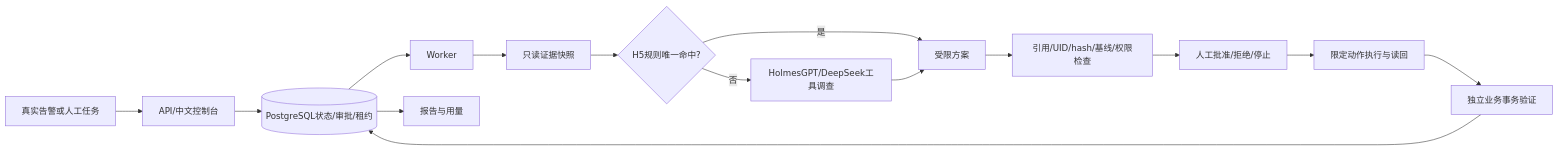
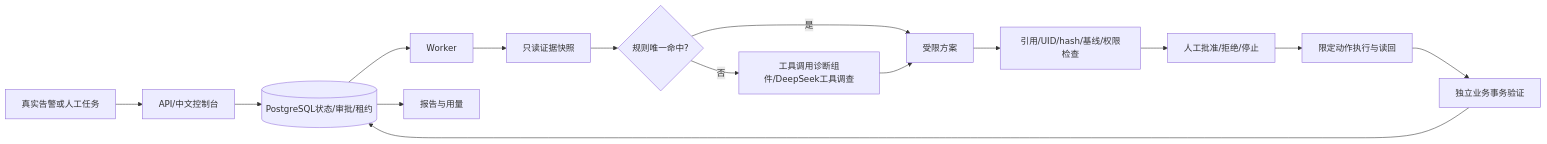
Before and after one commit to leekj666666/ucloud: the diagram in docs/COMPETITION_TECHNICAL.md, drawn with Mermaid. The commit also changed other lines of this file and 54 other files, not shown here.

Commit message:
docs: present Tm11GPT final architecture and linked post-fix results

````diff
--- a/docs/COMPETITION_TECHNICAL.md
+++ b/docs/COMPETITION_TECHNICAL.md
@@ -9,17 +9,17 @@
 ```mermaid
 flowchart LR
  A[真实告警或人工任务] --> B[API/中文控制台]
  B --> C[(PostgreSQL状态/审批/租约)]
  C --> D[Worker]
  D --> E[只读证据快照]
- E --> F{H5规则唯一命中?}
+ E --> F{规则唯一命中?}
  F -->|是| G[受限方案]
- F -->|否| H[HolmesGPT/DeepSeek工具调查]
+ F -->|否| H[工具调用诊断组件/DeepSeek工具调查]
  H --> G
  G --> I[引用/UID/hash/基线/权限检查]
  I --> J[人工批准/拒绝/停止]
  J --> K[限定动作执行与读回]
  K --> L[独立业务事务验证]
  L --> C
  C --> M[报告与用量]
 ```
````
